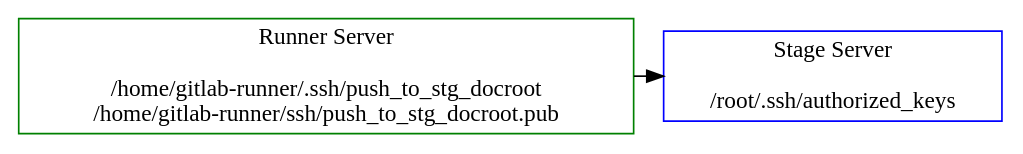
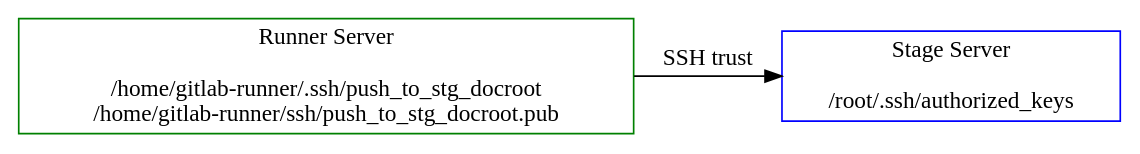
The diagram in img/ssh-trust-stage.dot (atsaloli/cicd), drawn with Graphviz before and after one commit. The commit also changed 1 other file, not shown here.

```diff
--- a/img/ssh-trust-stage.dot
+++ b/img/ssh-trust-stage.dot
@@ -1,10 +1,10 @@
 digraph G {
   node [ shape = box ];
 
   gitlab_runner [ label = "Runner Server\n\n/home/gitlab-runner/.ssh/push_to_stg_docroot\n/home/gitlab-runner/ssh/push_to_stg_docroot.pub"  color = green  style = filled fillcolor = white ]
 
   stage [ label = "Stage Server\n\n/root/.ssh/authorized_keys\n"  color = blue  style = filled fillcolor = white ]
 
 
-  gitlab_runner -> stage [constraint=false];
+  gitlab_runner -> stage [constraint=false label = "SSH trust" ];
 }
```
